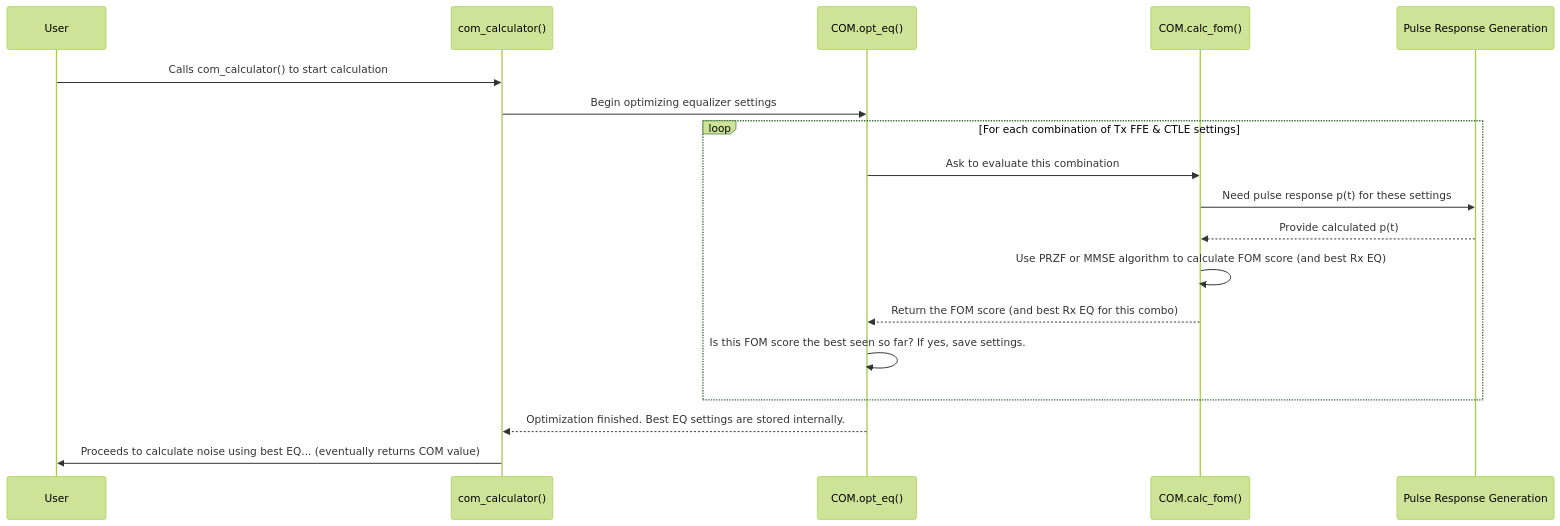
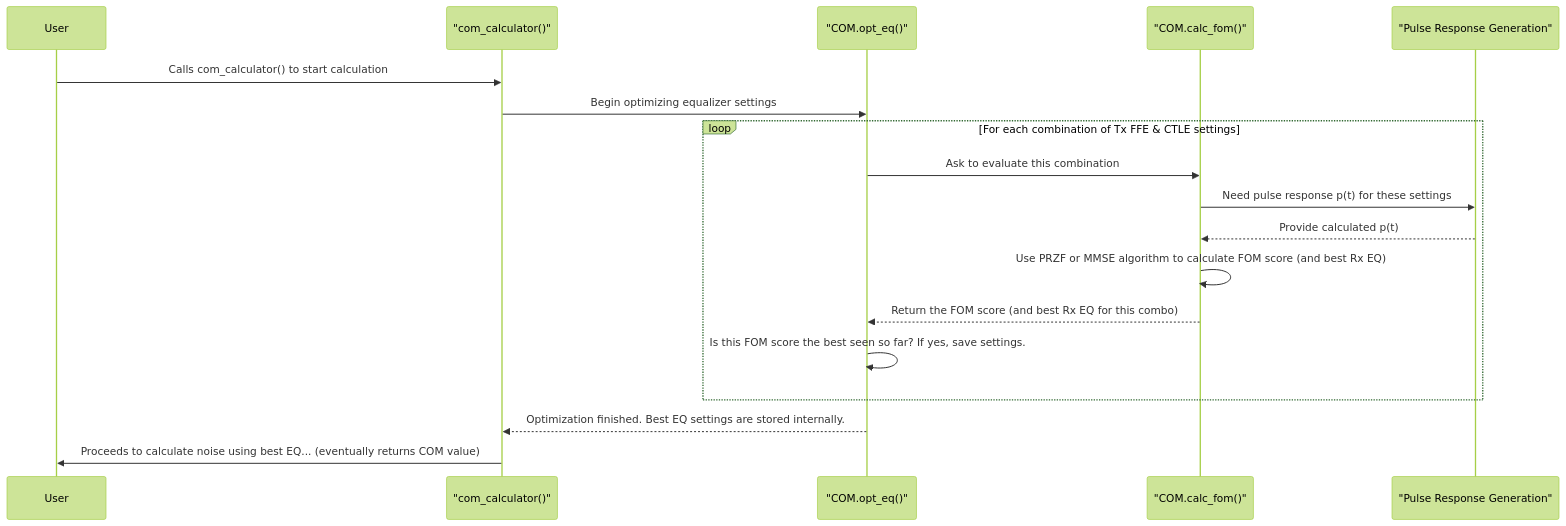
Before and after one commit to jueshi/PocketFlow-Tutorial-Codebase-Knowledge: the diagram in output/PyChOpMarg/06_equalization_optimization_.md, drawn with Mermaid (forest theme). The commit also changed 282 other files, not shown here.

````diff
--- a/output/PyChOpMarg/06_equalization_optimization_.md
+++ b/output/PyChOpMarg/06_equalization_optimization_.md
@@ -95,21 +95,21 @@
 ```mermaid
 sequenceDiagram
     participant User
-    participant COM_Call as com_calculator()
-    participant OptEq as COM.opt_eq()
-    participant CalcFOM as COM.calc_fom()
-    participant PR_Gen as Pulse Response Generation
+    participant COM_Call as "com_calculator()"
+    participant OptEq as "COM.opt_eq()"
+    participant CalcFOM as "COM.calc_fom()"
+    participant PR_Gen as "Pulse Response Generation"
 
     User->>COM_Call: Calls com_calculator() to start calculation
     COM_Call->>OptEq: Begin optimizing equalizer settings
     loop For each combination of Tx FFE & CTLE settings
         OptEq->>CalcFOM: Ask to evaluate this combination
         CalcFOM->>PR_Gen: Need pulse response p(t) for these settings
         PR_Gen-->>CalcFOM: Provide calculated p(t)
         CalcFOM->>CalcFOM: Use PRZF or MMSE algorithm to calculate FOM score (and best Rx EQ)
         CalcFOM-->>OptEq: Return the FOM score (and best Rx EQ for this combo)
         OptEq->>OptEq: Is this FOM score the best seen so far? If yes, save settings.
     end
     OptEq-->>COM_Call: Optimization finished. Best EQ settings are stored internally.
     COM_Call->>User: Proceeds to calculate noise using best EQ... (eventually returns COM value)
 ```
````
